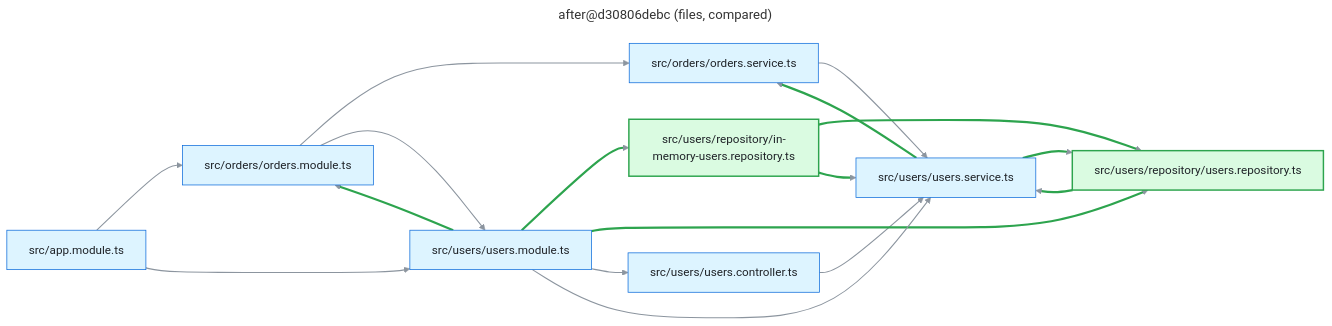
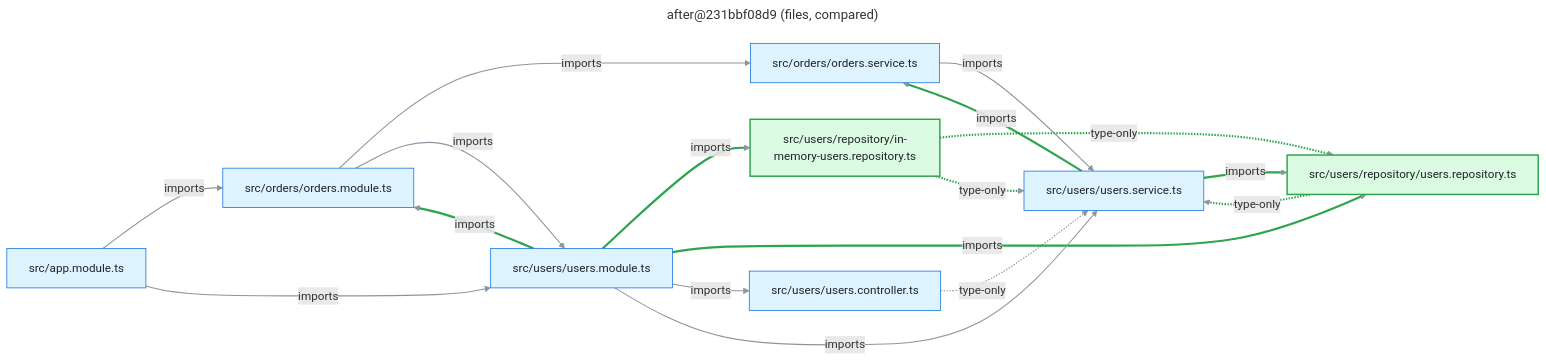
The diagram in examples/nest-shop/files-compare.mmd (FullFran/archsieve), drawn with Mermaid before and after one commit. The commit also changed 12 other files, not shown here.

First line of the commit message:
feat(render): label every arrow with its relation and dash type-only imports

```diff
--- a/examples/nest-shop/files-compare.mmd
+++ b/examples/nest-shop/files-compare.mmd
@@ -1,42 +1,42 @@
 ---
-title: after@d30806debc (files, compared)
+title: after@231bbf08d9 (files, compared)
 ---
 flowchart LR
   n0["src/app.module.ts"]:::code
   n1["src/orders/orders.module.ts"]:::code
   n2["src/orders/orders.service.ts"]:::code
   n3["src/users/repository/in-memory-users.repository.ts"]:::added
   n4["src/users/repository/users.repository.ts"]:::added
   n5["src/users/users.controller.ts"]:::code
   n6["src/users/users.module.ts"]:::code
   n7["src/users/users.service.ts"]:::code
-  n0 --> n1
-  n0 --> n6
-  n1 --> n2
-  n1 --> n6
-  n2 --> n7
-  n3 --> n4
-  n3 --> n7
-  n4 --> n7
-  n5 --> n7
-  n6 --> n1
-  n6 --> n3
-  n6 --> n4
-  n6 --> n5
-  n6 --> n7
-  n7 --> n2
-  n7 --> n4
+  n0 -->|"imports"| n1
+  n0 -->|"imports"| n6
+  n1 -->|"imports"| n2
+  n1 -->|"imports"| n6
+  n2 -->|"imports"| n7
+  n3 -.->|"type-only"| n4
+  n3 -.->|"type-only"| n7
+  n4 -.->|"type-only"| n7
+  n5 -.->|"type-only"| n7
+  n6 -->|"imports"| n1
+  n6 -->|"imports"| n3
+  n6 -->|"imports"| n4
+  n6 -->|"imports"| n5
+  n6 -->|"imports"| n7
+  n7 -->|"imports"| n2
+  n7 -->|"imports"| n4
   linkStyle default stroke:#8c959f,stroke-width:1.5px
   linkStyle 5 stroke:#2da44e,stroke-width:3px
   linkStyle 6 stroke:#2da44e,stroke-width:3px
   linkStyle 7 stroke:#2da44e,stroke-width:3px
   linkStyle 9 stroke:#2da44e,stroke-width:3px
   linkStyle 10 stroke:#2da44e,stroke-width:3px
   linkStyle 11 stroke:#2da44e,stroke-width:3px
   linkStyle 14 stroke:#2da44e,stroke-width:3px
   linkStyle 15 stroke:#2da44e,stroke-width:3px
   classDef code fill:#ddf4ff,stroke:#0969da,color:#1f2328
   classDef external fill:#fff8c5,stroke:#9a6700,color:#1f2328
   classDef module fill:#fbefff,stroke:#8250df,color:#1f2328
   classDef added fill:#dafbe1,stroke:#2da44e,stroke-width:2px,color:#1f2328
   classDef removed fill:#ffebe9,stroke:#cf222e,stroke-dasharray:4 3,color:#1f2328
```
